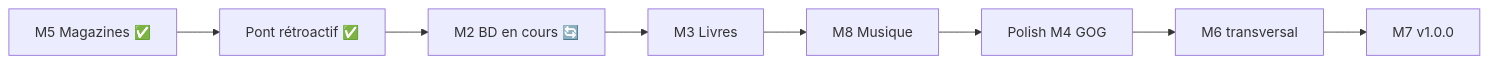
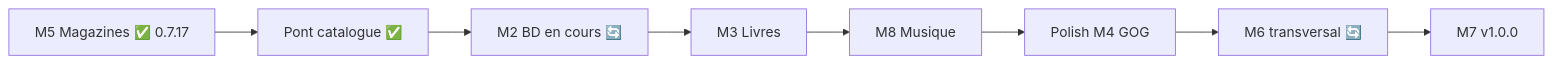
Before and after one commit to daryl40000/mediatheque: the first of 2 diagrams in ROADMAP.md, drawn with Mermaid. The commit also changed other lines of this file and 24 other files, not shown here.

````diff
--- a/ROADMAP.md
+++ b/ROADMAP.md
@@ -201,10 +265,10 @@
 ```mermaid
 flowchart LR
-  A[M5 Magazines ✅] --> B[Pont rétroactif ✅]
+  A[M5 Magazines ✅ 0.7.17] --> B[Pont catalogue ✅]
   B --> C[M2 BD en cours 🔄]
   C --> D[M3 Livres]
   D --> E[M8 Musique]
   E --> F[Polish M4 GOG]
-  F --> G[M6 transversal]
+  F --> G[M6 transversal 🔄]
   G --> H[M7 v1.0.0]
 ```
````
